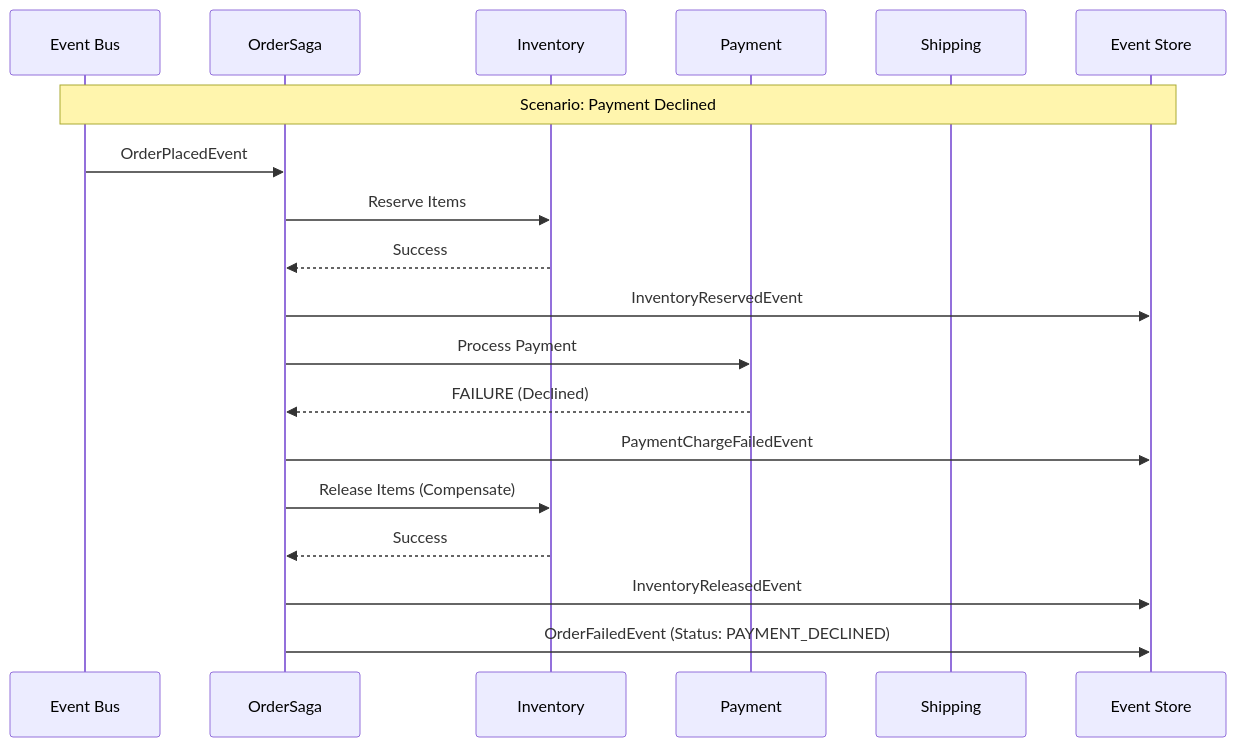
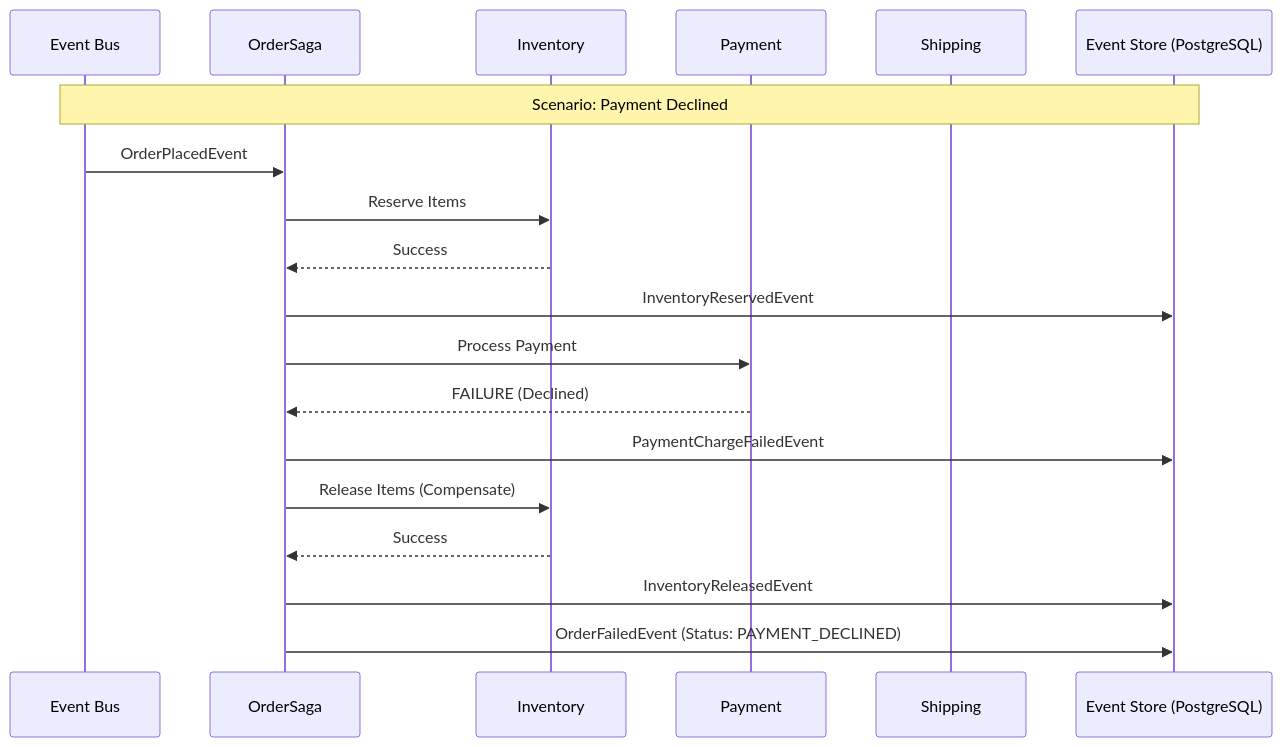
The second of 2 diagrams in README.md (jhanvi857/Evora), drawn with Mermaid before and after one commit. The commit also changed other lines of this file, not shown here.

````diff
--- a/README.md
+++ b/README.md
@@ -60,22 +60,22 @@
 ```mermaid
 sequenceDiagram
     participant B as Event Bus
     participant S as OrderSaga
     participant I as Inventory
     participant P as Payment
     participant H as Shipping
-    participant E as Event Store
+    participant E as Event Store (PostgreSQL)
 
     Note over B,E: Scenario: Payment Declined
     B->>S: OrderPlacedEvent
     S->>I: Reserve Items
     I-->>S: Success
     S->>E: InventoryReservedEvent
     S->>P: Process Payment
     P-->>S: FAILURE (Declined)
     S->>E: PaymentChargeFailedEvent
     S->>I: Release Items (Compensate)
     I-->>S: Success
     S->>E: InventoryReleasedEvent
     S->>E: OrderFailedEvent (Status: PAYMENT_DECLINED)
 ```
````
